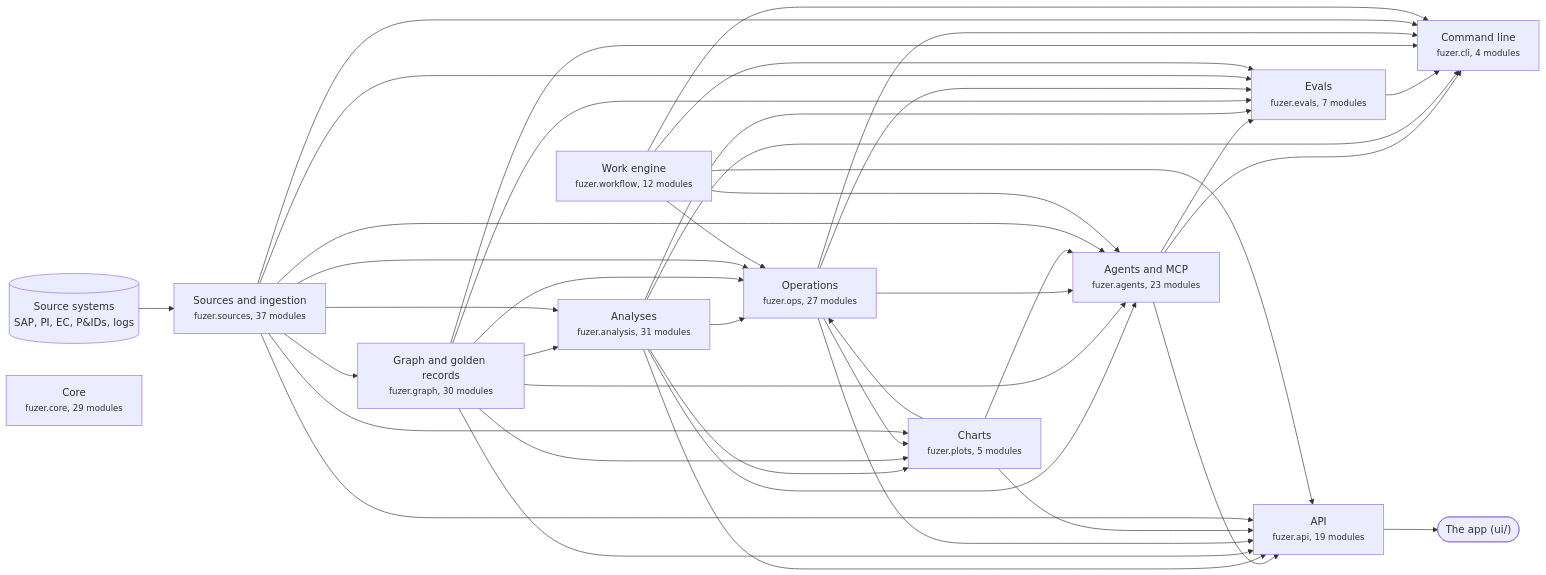
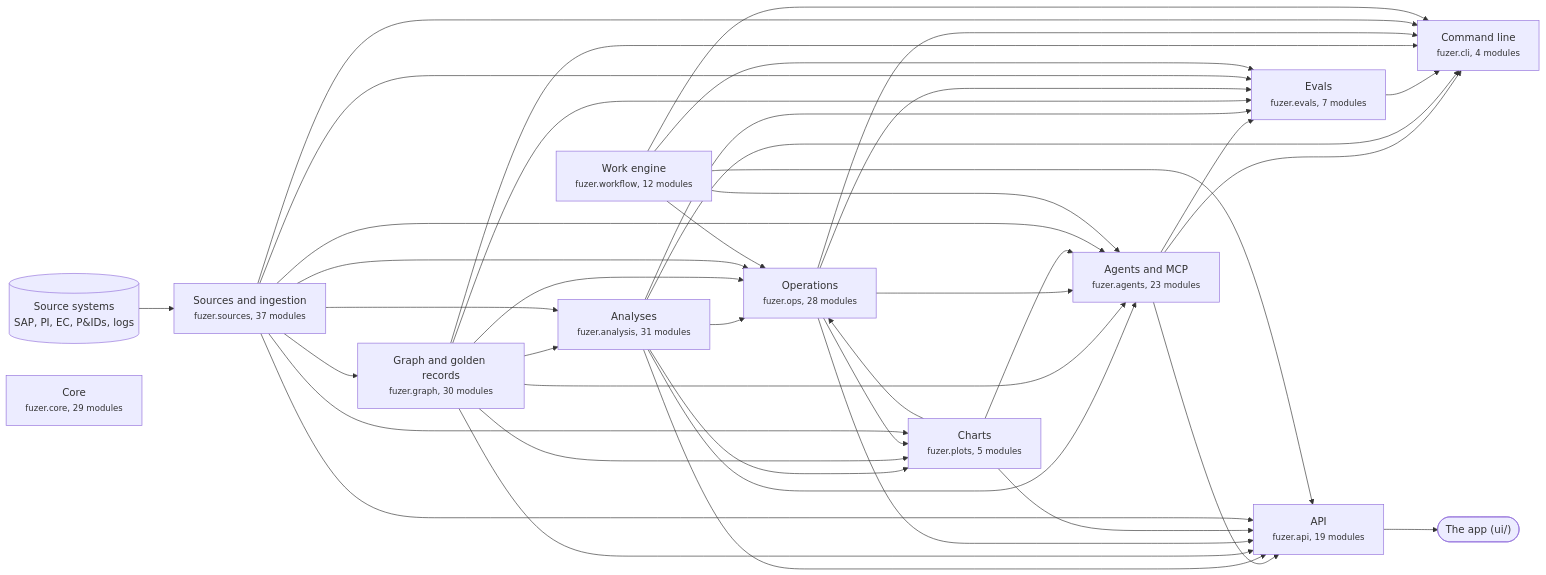
The first of 3 diagrams in docs/architecture.md (areed145/fuzer), drawn with Mermaid before and after one commit. The commit also changed other lines of this file and 14 other files, not shown here.

````diff
--- a/docs/architecture.md
+++ b/docs/architecture.md
@@ -8,66 +8,66 @@
 ```mermaid
 flowchart LR
   systems[("Source systems<br>SAP, PI, EC, P&IDs, logs")] --> c_sources
   app(["The app (ui/)"])
   c_api --> app
   c_sources["Sources and ingestion<br><small>fuzer.sources, 37 modules</small>"]
   c_graph["Graph and golden records<br><small>fuzer.graph, 30 modules</small>"]
   c_analysis["Analyses<br><small>fuzer.analysis, 31 modules</small>"]
-  c_ops["Operations<br><small>fuzer.ops, 27 modules</small>"]
+  c_ops["Operations<br><small>fuzer.ops, 28 modules</small>"]
   c_plots["Charts<br><small>fuzer.plots, 5 modules</small>"]
   c_workflow["Work engine<br><small>fuzer.workflow, 12 modules</small>"]
   c_agents["Agents and MCP<br><small>fuzer.agents, 23 modules</small>"]
   c_evals["Evals<br><small>fuzer.evals, 7 modules</small>"]
   c_api["API<br><small>fuzer.api, 19 modules</small>"]
   c_cli["Command line<br><small>fuzer.cli, 4 modules</small>"]
   c_core["Core<br><small>fuzer.core, 29 modules</small>"]
   c_sources --> c_graph
   c_graph --> c_analysis
   c_sources --> c_analysis
   c_analysis --> c_ops
   c_graph --> c_ops
   c_plots --> c_ops
   c_sources --> c_ops
   c_workflow --> c_ops
   c_analysis --> c_plots
   c_graph --> c_plots
   c_ops --> c_plots
   c_sources --> c_plots
   c_analysis --> c_agents
   c_graph --> c_agents
   c_ops --> c_agents
   c_plots --> c_agents
   c_sources --> c_agents
   c_workflow --> c_agents
   c_agents --> c_evals
   c_analysis --> c_evals
   c_graph --> c_evals
   c_ops --> c_evals
   c_sources --> c_evals
   c_workflow --> c_evals
   c_agents --> c_api
   c_analysis --> c_api
   c_graph --> c_api
   c_ops --> c_api
   c_plots --> c_api
   c_sources --> c_api
   c_workflow --> c_api
   c_agents --> c_cli
   c_analysis --> c_cli
   c_evals --> c_cli
   c_graph --> c_cli
   c_ops --> c_cli
   c_sources --> c_cli
   c_workflow --> c_cli
   click c_sources "https://github.com/areed145/fuzer/tree/main/src/fuzer/sources"
   click c_graph "https://github.com/areed145/fuzer/tree/main/src/fuzer/graph"
   click c_analysis "https://github.com/areed145/fuzer/tree/main/src/fuzer/analysis"
   click c_ops "https://github.com/areed145/fuzer/tree/main/src/fuzer/ops"
   click c_plots "https://github.com/areed145/fuzer/tree/main/src/fuzer/plots"
   click c_workflow "https://github.com/areed145/fuzer/tree/main/src/fuzer/workflow"
   click c_agents "https://github.com/areed145/fuzer/tree/main/src/fuzer/agents"
   click c_evals "https://github.com/areed145/fuzer/tree/main/src/fuzer/evals"
   click c_api "https://github.com/areed145/fuzer/tree/main/src/fuzer/api"
   click c_cli "https://github.com/areed145/fuzer/tree/main/src/fuzer/cli"
   click c_core "https://github.com/areed145/fuzer/tree/main/src/fuzer/core"
 ```
````
